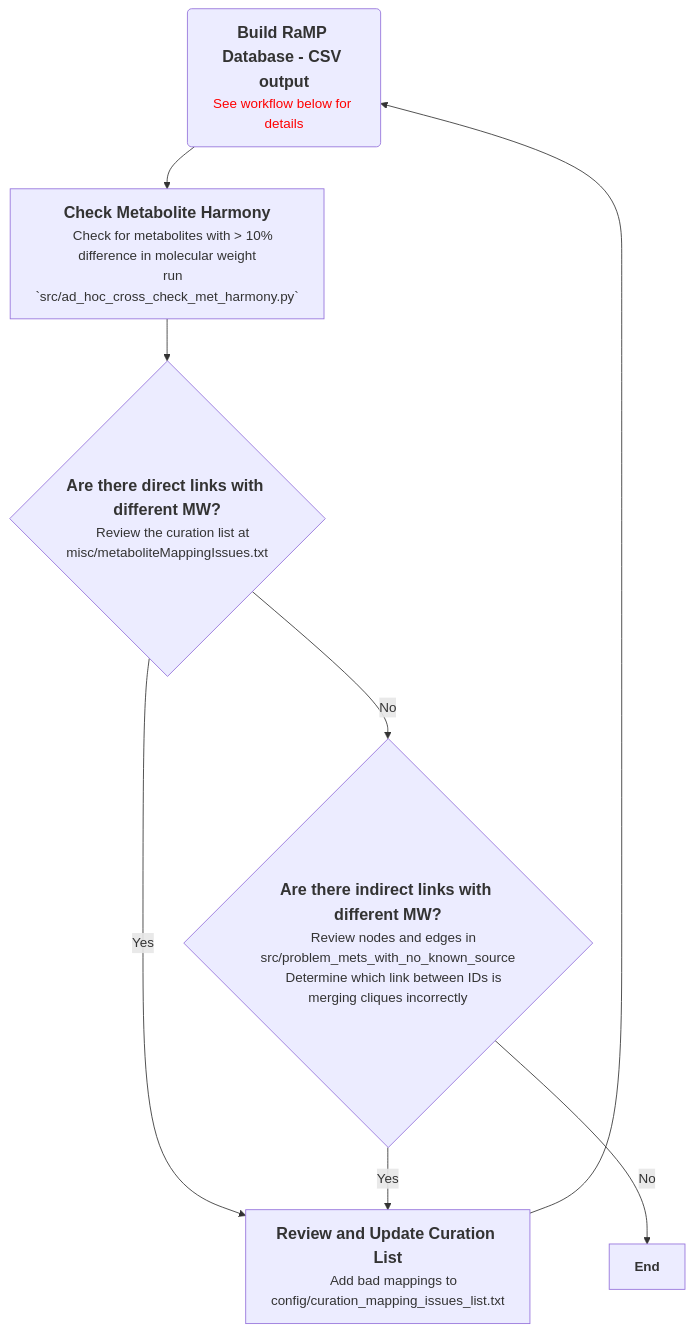
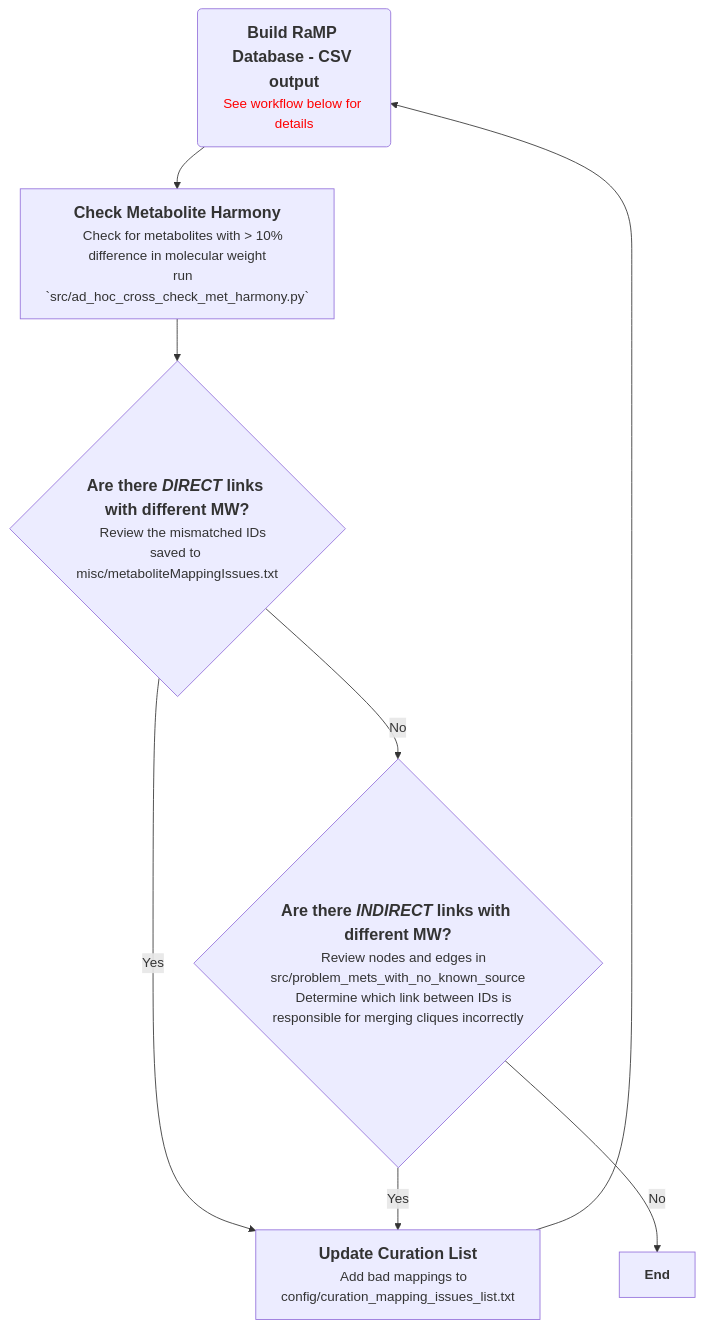
The first of 3 diagrams in build.md (ncats/RaMP-BackEnd), drawn with Mermaid before and after one commit. The commit also changed other lines of this file, not shown here.

````diff
--- a/build.md
+++ b/build.md
@@ -1,36 +8,36 @@
 ```mermaid
 graph TD
     Build_RaMP_DB(
         <b style="font-size:larger">Build RaMP Database - CSV output</b>
 <span style="color:red">See workflow below for details</span>
     )
     Check_Harmonization[
     <b style="font-size:larger">Check Metabolite Harmony</b>
     Check for metabolites with > 10% difference in molecular weight
     run `src/ad_hoc_cross_check_met_harmony.py`
     ]
     Direct_Mismatched_MW{
-    <b style="font-size:larger">Are there direct links with different MW?</b>
-    Review the curation list at misc/metaboliteMappingIssues.txt
+    <b style="font-size:larger">Are there <em>DIRECT</em> links with different MW?</b>
+    Review the mismatched IDs saved to misc/metaboliteMappingIssues.txt
     }
     Indirect_Mismatched_MW{
-    <b style="font-size:larger">Are there indirect links with different MW?</b>
+    <b style="font-size:larger">Are there <em>INDIRECT</em> links with different MW?</b>
     Review nodes and edges in src/problem_mets_with_no_known_source
-    Determine which link between IDs is merging cliques incorrectly
+    Determine which link between IDs is responsible for merging cliques incorrectly
     }
     
     Direct_Mismatched_MW -->|No|Indirect_Mismatched_MW
     Direct_Mismatched_MW -->|Yes|Review_and_Update_Curation_List
     
     Review_and_Update_Curation_List[
-    <b style="font-size:larger">Review and Update Curation List</b>
+    <b style="font-size:larger">Update Curation List</b>
     Add bad mappings to config/curation_mapping_issues_list.txt
     ]
     Indirect_Mismatched_MW -->|Yes|Review_and_Update_Curation_List
     Indirect_Mismatched_MW --> |No|End[<b style="font-size:
     larger">End</b>]
     Build_RaMP_DB --> Check_Harmonization
     Check_Harmonization --> Direct_Mismatched_MW
     
     Review_and_Update_Curation_List --> Build_RaMP_DB
 ```
````
